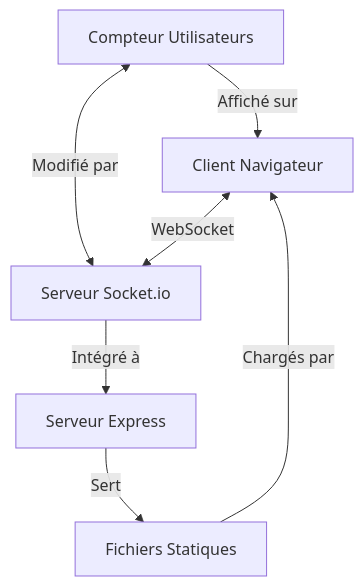
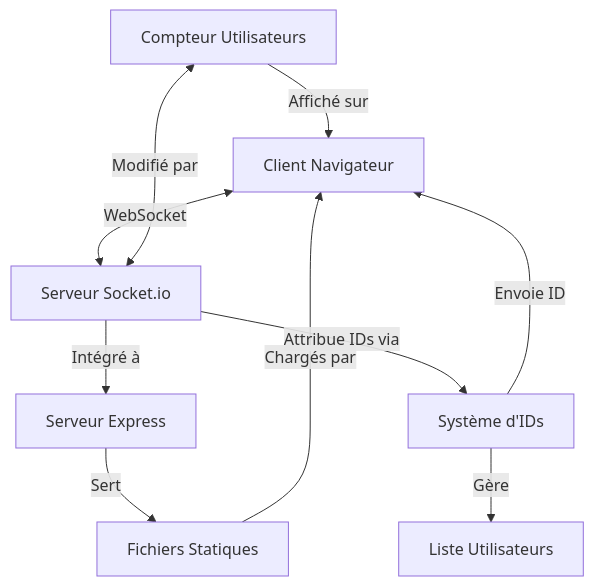
One commit to nicolasmbronner/basic-websocket-prototype changed the diagram in README.md. Above: the diagram before and after it, drawn with Mermaid. The commit also changed other lines of this file and 5 other files, not shown here.

````diff
--- a/README.md
+++ b/README.md
@@ -14,10 +14,14 @@
 ```mermaid
 graph TD
     A[Client Navigateur] <-->|WebSocket| B[Serveur Socket.io]
     B -->|Intégré à| C[Serveur Express]
     C -->|Sert| D[Fichiers Statiques]
     D -->|Chargés par| A
     
     E[Compteur Utilisateurs] <-->|Modifié par| B
     E -->|Affiché sur| A
+    
+    F[Système d'IDs] -->|Gère| G[Liste Utilisateurs]
+    B -->|Attribue IDs via| F
+    F -->|Envoie ID| A
 ```
````
